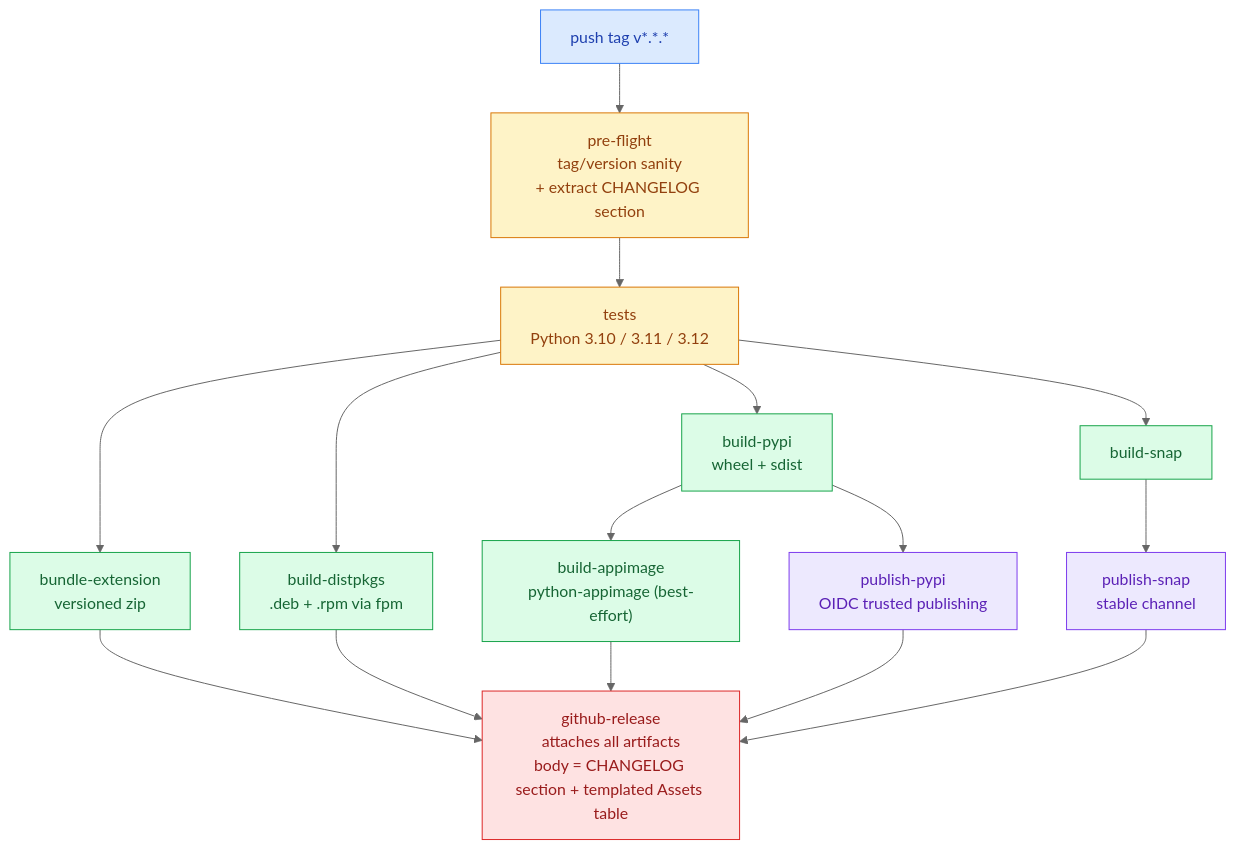
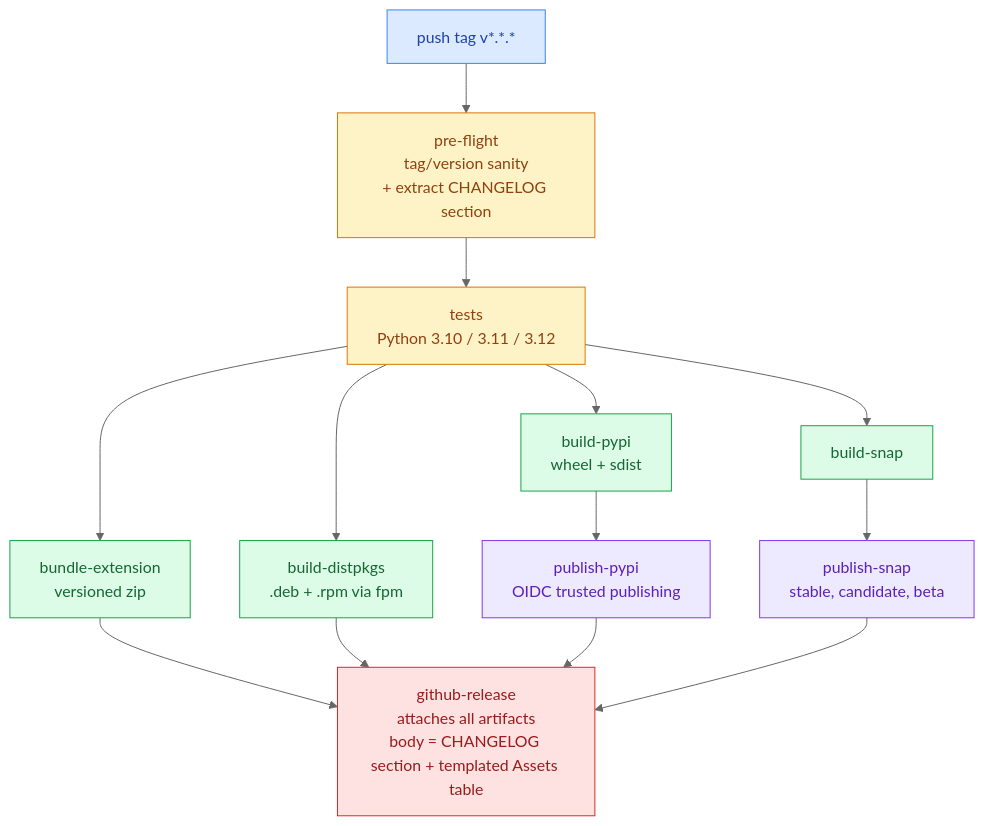
Before and after one commit to MohammedEl-sayedAhmed/clipman: the diagram in docs/releases/README.md, drawn with Mermaid (neutral theme). The commit also changed other lines of this file and 8 other files, not shown here.

First line of the commit message:
fix(release): smoke-test the wheel before PyPI, keep snap stable safe (#327)

````diff
--- a/docs/releases/README.md
+++ b/docs/releases/README.md
@@ -25,37 +25,34 @@
 ```mermaid
 flowchart TD
     classDef trigger fill:#dbeafe,stroke:#3b82f6,color:#1e40af
     classDef gate    fill:#fef3c7,stroke:#d97706,color:#92400e
     classDef build   fill:#dcfce7,stroke:#16a34a,color:#166534
     classDef publish fill:#ede9fe,stroke:#7c3aed,color:#5b21b6
     classDef final   fill:#fee2e2,stroke:#dc2626,color:#991b1b
 
     Tag["push tag v*.*.*"]:::trigger
     PF["pre-flight<br/>tag/version sanity<br/>+ extract CHANGELOG section"]:::gate
     Tests["tests<br/>Python 3.10 / 3.11 / 3.12"]:::gate
 
     BPyPI["build-pypi<br/>wheel + sdist"]:::build
     BSnap["build-snap"]:::build
     BExt["bundle-extension<br/>versioned zip"]:::build
     BPkg["build-distpkgs<br/>.deb + .rpm via fpm"]:::build
-    BAI["build-appimage<br/>python-appimage (best-effort)"]:::build
 
     PPyPI["publish-pypi<br/>OIDC trusted publishing"]:::publish
-    PSnap["publish-snap<br/>stable channel"]:::publish
+    PSnap["publish-snap<br/>stable, candidate, beta"]:::publish
 
     Release["github-release<br/>attaches all artifacts<br/>body = CHANGELOG section + templated Assets table"]:::final
 
     Tag --> PF --> Tests
     Tests --> BPyPI
     Tests --> BSnap
     Tests --> BExt
     Tests --> BPkg
-    BPyPI --> BAI
     BPyPI --> PPyPI
     BSnap --> PSnap
     BExt --> Release
     BPkg --> Release
-    BAI --> Release
     PPyPI --> Release
     PSnap --> Release
 ```
````
